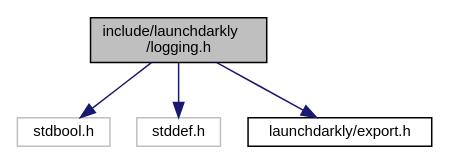
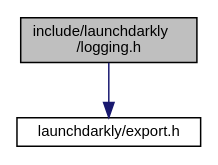
One commit to launchdarkly/c-server-sdk changed the diagram in logging_8h__incl.dot. Above: the diagram before and after it, drawn with Graphviz. The commit also changed 109 other files, not shown here.

```diff
--- a/logging_8h__incl.dot
+++ b/logging_8h__incl.dot
@@ -1,12 +1,8 @@
 digraph "include/launchdarkly/logging.h"
 {
   edge [fontname="Helvetica",fontsize="10",labelfontname="Helvetica",labelfontsize="10"];
   node [fontname="Helvetica",fontsize="10",shape=record];
   Node0 [label="include/launchdarkly\l/logging.h",height=0.2,width=0.4,color="black", fillcolor="grey75", style="filled", fontcolor="black"];
   Node0 -> Node1 [color="midnightblue",fontsize="10",style="solid",fontname="Helvetica"];
-  Node1 [label="stdbool.h",height=0.2,width=0.4,color="grey75", fillcolor="white", style="filled"];
-  Node0 -> Node2 [color="midnightblue",fontsize="10",style="solid",fontname="Helvetica"];
-  Node2 [label="stddef.h",height=0.2,width=0.4,color="grey75", fillcolor="white", style="filled"];
-  Node0 -> Node3 [color="midnightblue",fontsize="10",style="solid",fontname="Helvetica"];
-  Node3 [label="launchdarkly/export.h",height=0.2,width=0.4,color="black", fillcolor="white", style="filled",URL="$export_8h.html",tooltip="Public. Configuration of exported symbols. "];
+  Node1 [label="launchdarkly/export.h",height=0.2,width=0.4,color="black", fillcolor="white", style="filled",URL="$export_8h.html",tooltip="Public. Configuration of exported symbols. "];
 }
```
